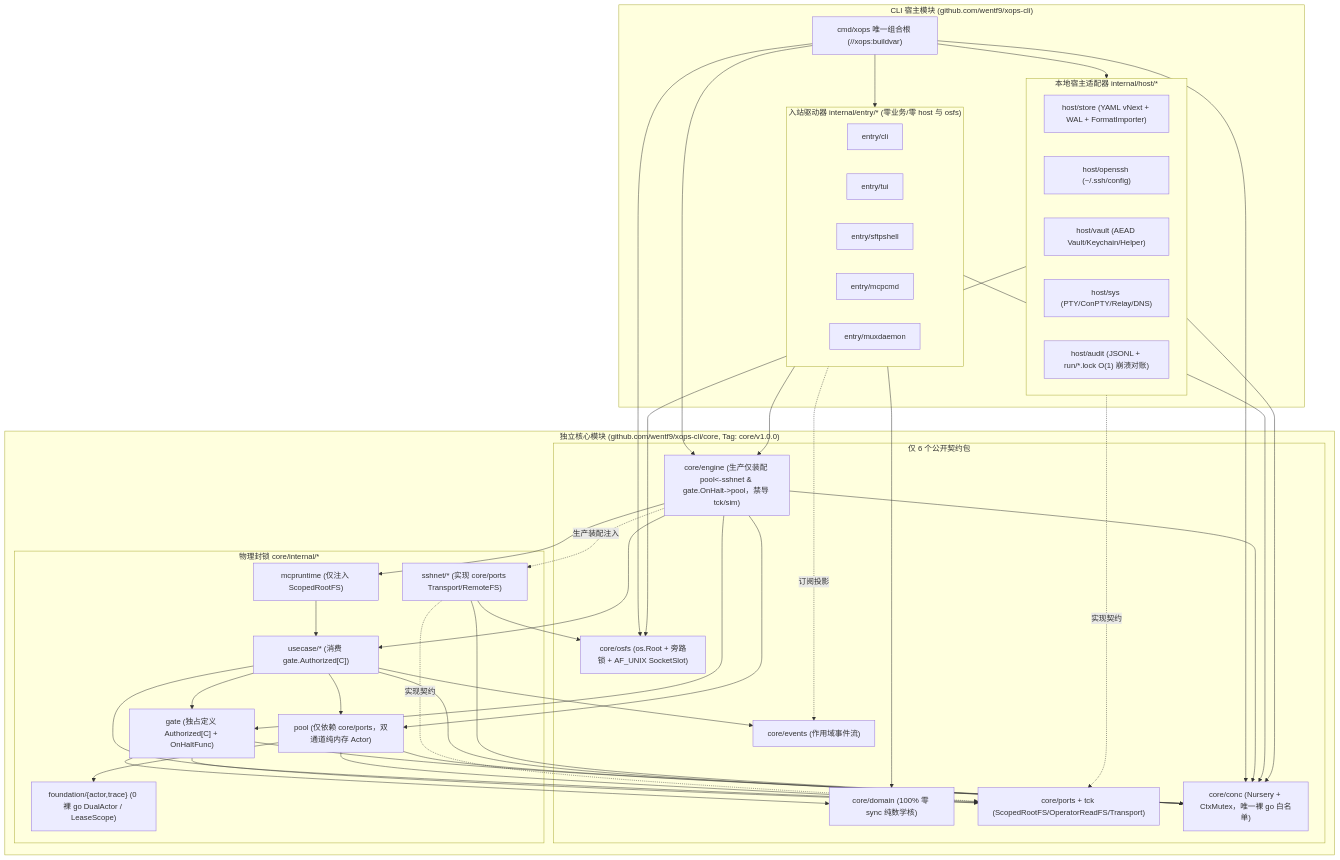
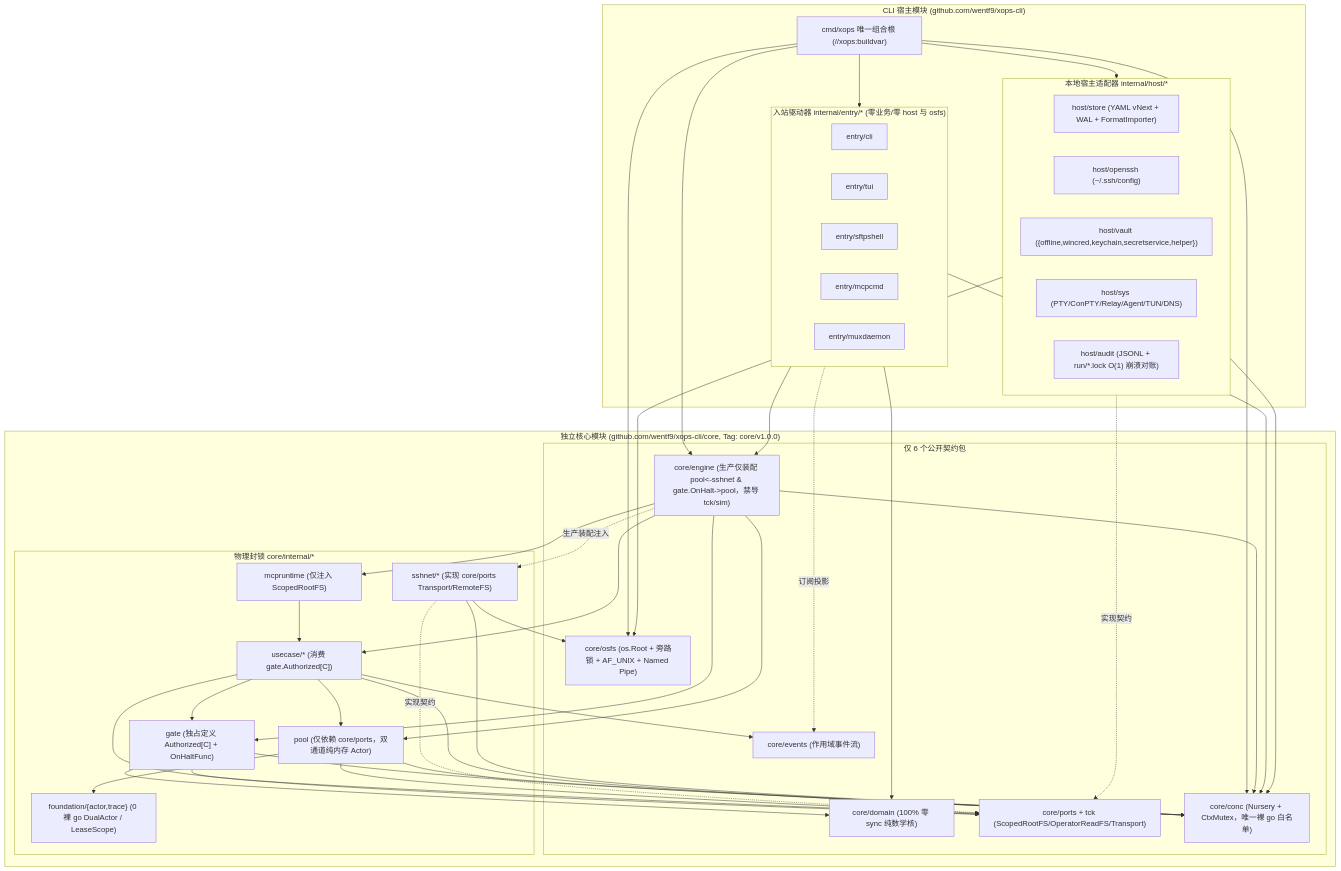
One commit to wentf9/xops-cli changed the diagram in docs/development/v2-architecture-rfc.md. Above: the diagram before and after it, drawn with Mermaid. The commit also changed other lines of this file and 2 other files, not shown here.

Commit message:
docs(rfc): record P4-T4 osboundary, osfs named pipe, and vault secrettaint ruling

````diff
--- a/docs/development/v2-architecture-rfc.md
+++ b/docs/development/v2-architecture-rfc.md
@@ -118,73 +118,73 @@
 ```mermaid
 flowchart TD
     subgraph CLI_Mod["CLI 宿主模块 (github.com/wentf9/xops-cli)"]
         ROOT["cmd/xops 唯一组合根 (//xops:buildvar)"]
         subgraph Entries["入站驱动器 internal/entry/* (零业务/零 host 与 osfs)"]
             E_CLI["entry/cli"]
             E_TUI["entry/tui"]
             E_SFTP["entry/sftpshell"]
             E_MCP["entry/mcpcmd"]
             E_MUX["entry/muxdaemon"]
         end
         subgraph HostInfra["本地宿主适配器 internal/host/*"]
             H_STORE["host/store (YAML vNext + WAL + FormatImporter)"]
             H_OPENSSH["host/openssh (~/.ssh/config)"]
-            H_VAULT["host/vault (AEAD Vault/Keychain/Helper)"]
-            H_SYS["host/sys (PTY/ConPTY/Relay/DNS)"]
+            H_VAULT["host/vault ({offline,wincred,keychain,secretservice,helper})"]
+            H_SYS["host/sys (PTY/ConPTY/Relay/Agent/TUN/DNS)"]
             H_AUDIT["host/audit (JSONL + run/*.lock O(1) 崩溃对账)"]
         end
     end
 
     subgraph Core_Mod["独立核心模块 (github.com/wentf9/xops-cli/core, Tag: core/v1.0.0)"]
         subgraph CorePub["仅 6 个公开契约包"]
             C_ENG["core/engine (生产仅装配 pool<-sshnet & gate.OnHalt->pool，禁导 tck/sim)"]
             C_DOM["core/domain (100% 零 sync 纯数学核)"]
             C_EVT["core/events (作用域事件流)"]
             C_PRT["core/ports + tck (ScopedRootFS/OperatorReadFS/Transport)"]
-            C_OSFS["core/osfs (os.Root + 旁路锁 + AF_UNIX SocketSlot)"]
+            C_OSFS["core/osfs (os.Root + 旁路锁 + AF_UNIX + Named Pipe)"]
             C_CONC["core/conc (Nursery + CtxMutex，唯一裸 go 白名单)"]
         end
         subgraph CoreInt["物理封锁 core/internal/*"]
             I_UC["usecase/* (消费 gate.Authorized[C])"]
             I_GATE["gate (独占定义 Authorized[C] + OnHaltFunc)"]
             I_POOL["pool (仅依赖 core/ports，双通道纯内存 Actor)"]
             I_MCP["mcpruntime (仅注入 ScopedRootFS)"]
             I_SSH["sshnet/* (实现 core/ports Transport/RemoteFS)"]
             I_FND["foundation/{actor,trace} (0 裸 go DualActor / LeaseScope)"]
         end
     end
 
     ROOT --> Entries
     ROOT --> HostInfra
     ROOT --> C_ENG
     ROOT --> C_OSFS
     ROOT --> C_CONC
     Entries --> C_ENG
     Entries --> C_DOM
     Entries --> C_CONC
     Entries -.订阅投影.-> C_EVT
     HostInfra -.实现契约.-> C_PRT
     HostInfra --> C_OSFS
     HostInfra --> C_CONC
     C_ENG --> I_UC
     C_ENG --> I_MCP
     C_ENG --> I_POOL
     C_ENG --> I_GATE
     C_ENG --> C_CONC
     C_ENG -.生产装配注入.-> I_SSH
     I_MCP --> I_UC
     I_UC --> I_GATE
     I_UC --> I_POOL
     I_UC --> C_EVT
     I_UC --> C_PRT
     I_UC --> C_CONC
     I_GATE --> C_DOM
     I_GATE --> C_PRT
     I_GATE --> C_CONC
     I_POOL --> C_PRT
     I_POOL --> C_CONC
     I_POOL --> I_FND
     I_SSH -.实现契约.-> C_PRT
     I_SSH --> C_OSFS
     I_SSH --> C_CONC
 ```
````
